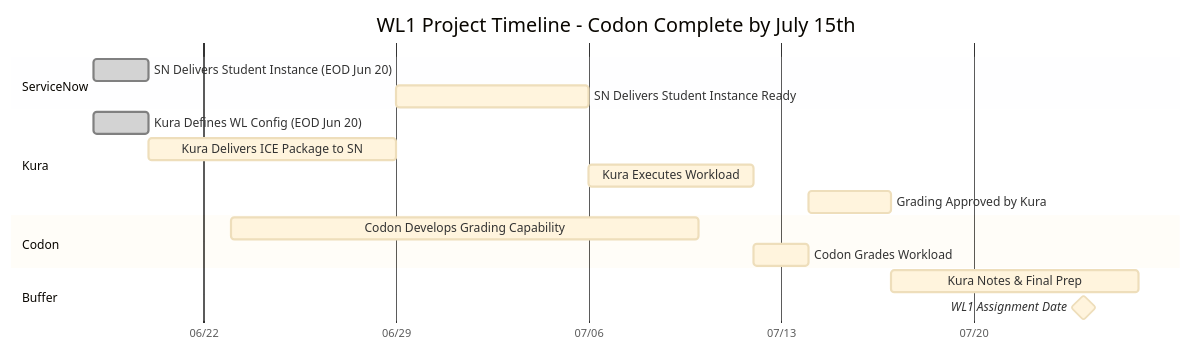
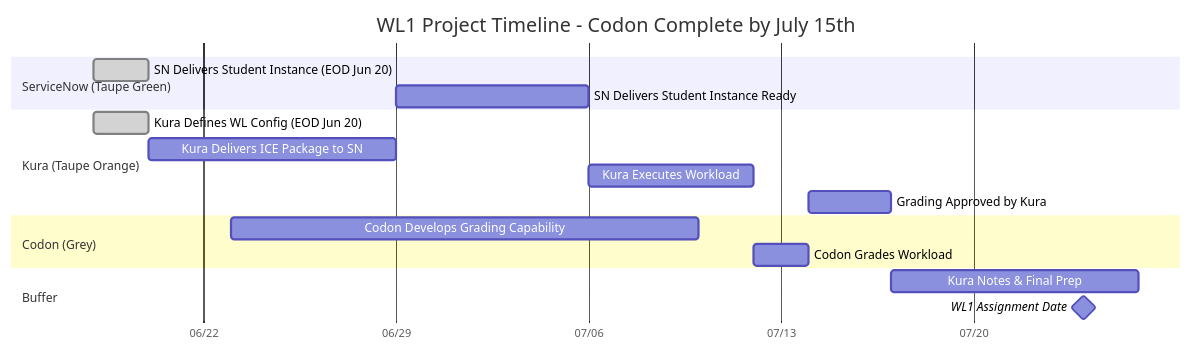
Before and after one commit to elmorenox/wl1_mermaid: the diagram in readme.md, drawn with Mermaid.

````diff
--- a/readme.md
+++ b/readme.md
@@ -5,25 +5,24 @@
 ```mermaid
-%%{init: {'theme':'base', 'themeVariables': { 'cScale0': '#8fbc8f', 'cScale1': '#cd853f', 'cScale2': '#808080', 'cScale3': '#d3d3d3'}}}%%
 gantt
     title WL1 Project Timeline - Codon Complete by July 15th
     dateFormat YYYY-MM-DD
     axisFormat %m/%d
     
-    section ServiceNow
+    section ServiceNow (Taupe Green)
     SN Delivers Student Instance (EOD Jun 20)     :done, sn1, 2025-06-18, 2025-06-20
     SN Delivers Student Instance Ready            :sn3, after kura2, 7d
     
-    section Kura
+    section Kura (Taupe Orange) 
     Kura Defines WL Config (EOD Jun 20)          :done, kura1, 2025-06-18, 2025-06-20
     Kura Delivers ICE Package to SN              :kura2, after sn1, 9d
     Kura Executes Workload                       :kura4, after sn3, 6d
     Grading Approved by Kura                     :kura8, after codon7, 3d
     
-    section Codon
+    section Codon (Grey)
     Codon Develops Grading Capability            :codon6, 2025-06-23, 2025-07-10
     Codon Grades Workload                        :codon7, after kura4, 2d
     
     section Buffer
     Kura Notes & Final Prep                      :buffer, after kura8, 9d
     WL1 Assignment Date                          :milestone, assignment, 2025-07-24, 0d
 ```
````
